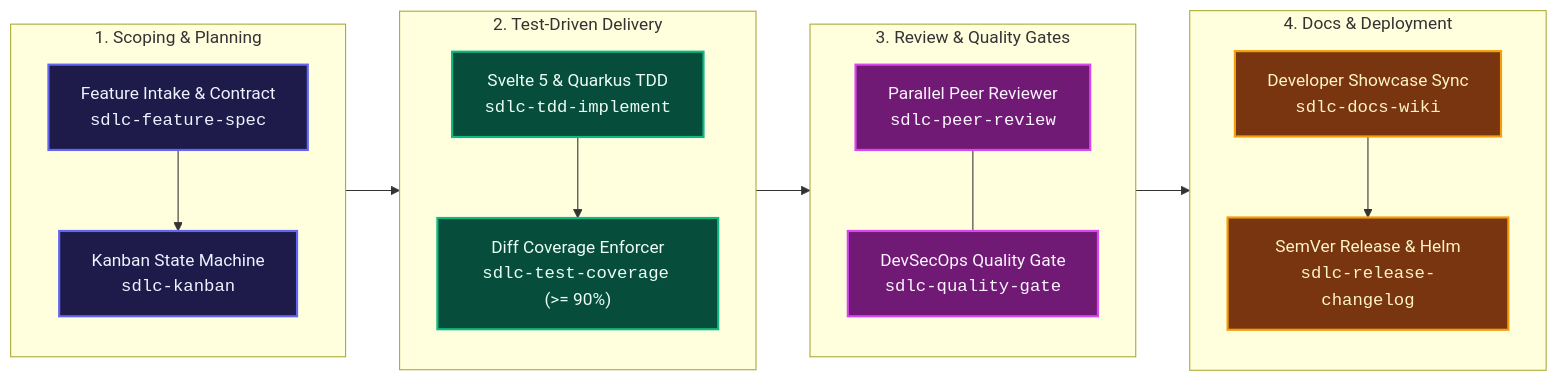
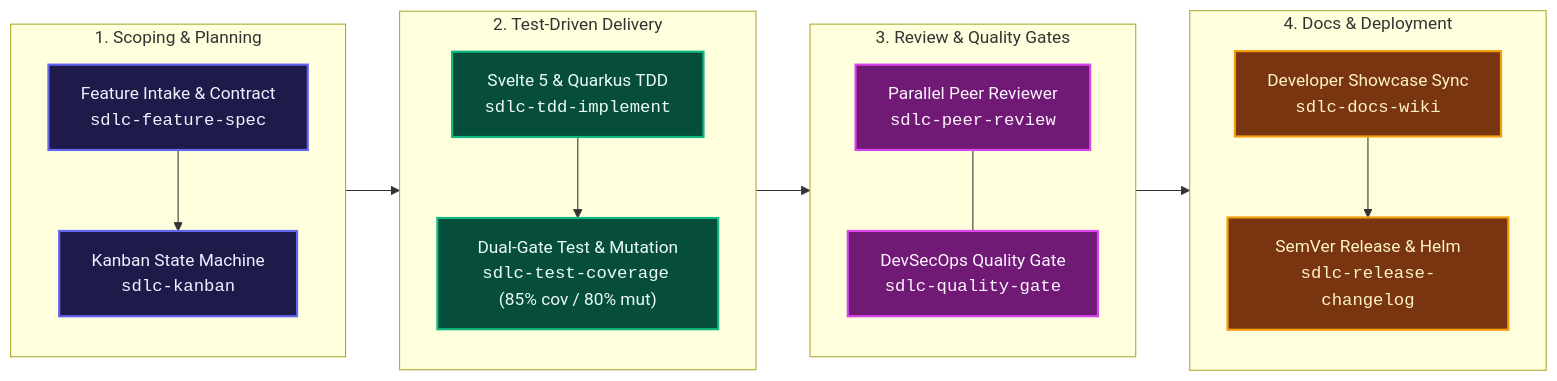
One commit to fmatar/sealit changed the first of 2 diagrams in wiki/Home.md. Above: the diagram before and after it, drawn with Mermaid. The commit also changed other lines of this file and 26 other files, not shown here.

Commit message:
feat: universal stack discovery engine, Uncle Bob test suite, and 100% traceability architecture

````diff
--- a/wiki/Home.md
+++ b/wiki/Home.md
@@ -12,35 +12,35 @@
 ```mermaid
 flowchart LR
     classDef intake fill:#1E1B4B,stroke:#6366F1,stroke-width:2px,color:#EEF2FF
     classDef dev fill:#064E3B,stroke:#10B981,stroke-width:2px,color:#ECFDF5
     classDef review fill:#701A75,stroke:#D946EF,stroke-width:2px,color:#FDF4FF
     classDef release fill:#78350F,stroke:#F59E0B,stroke-width:2px,color:#FEF3C7
 
     subgraph Phase1 ["1. Scoping & Planning"]
         A["Feature Intake & Contract<br/><code>sdlc-feature-spec</code>"]:::intake
         B["Kanban State Machine<br/><code>sdlc-kanban</code>"]:::intake
         A --> B
     end
 
     subgraph Phase2 ["2. Test-Driven Delivery"]
         C["Svelte 5 & Quarkus TDD<br/><code>sdlc-tdd-implement</code>"]:::dev
-        D["Diff Coverage Enforcer<br/><code>sdlc-test-coverage</code> (>= 90%)"]:::dev
+        D["Dual-Gate Test & Mutation<br/><code>sdlc-test-coverage</code> (85% cov / 80% mut)"]:::dev
         C --> D
     end
 
     subgraph Phase3 ["3. Review & Quality Gates"]
         E["Parallel Peer Reviewer<br/><code>sdlc-peer-review</code>"]:::review
         F["DevSecOps Quality Gate<br/><code>sdlc-quality-gate</code>"]:::review
         E --- F
     end
 
     subgraph Phase4 ["4. Docs & Deployment"]
         G["Developer Showcase Sync<br/><code>sdlc-docs-wiki</code>"]:::release
         H["SemVer Release & Helm<br/><code>sdlc-release-changelog</code>"]:::release
         G --> H
     end
 
     Phase1 --> Phase2
     Phase2 --> Phase3
     Phase3 --> Phase4
 ```
````
